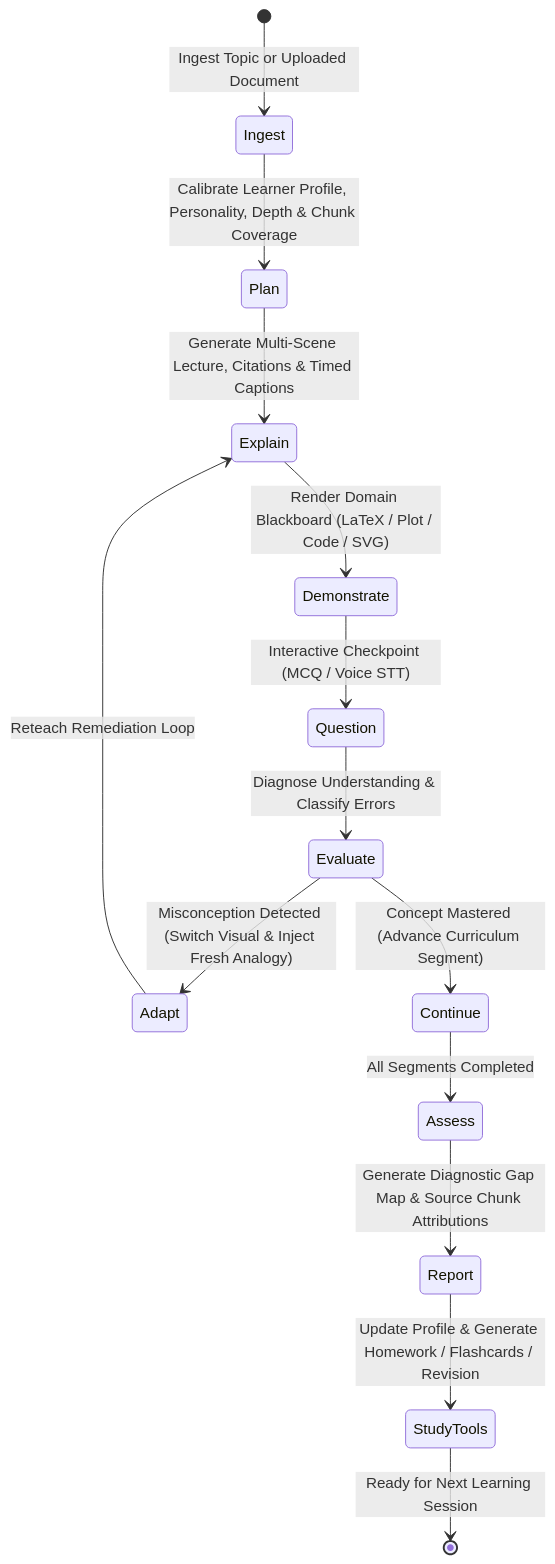
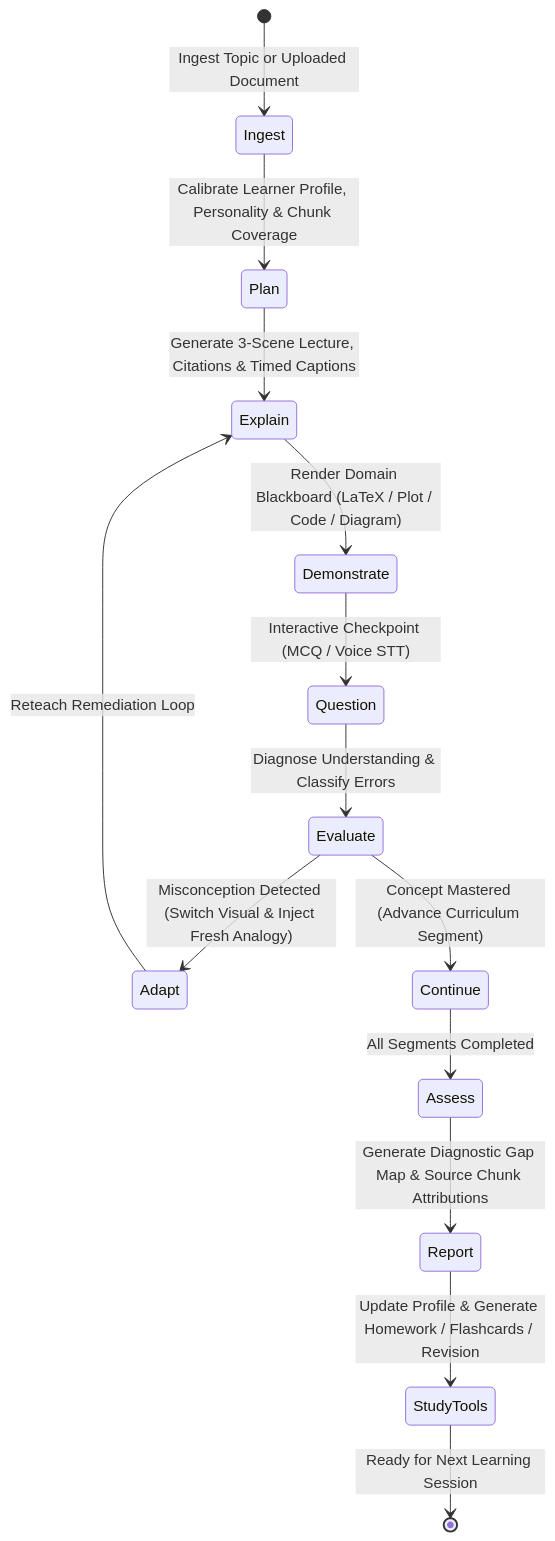
Before and after one commit to Akshat-coder-101/sahayak-ai-teacher: the second of 2 diagrams in README.md, drawn with Mermaid. The commit also changed other lines of this file and 2 other files, not shown here.

Commit message:
docs: reconcile documentation, test counts, persona, and impact roadmap (Phase 5)

````diff
--- a/README.md
+++ b/README.md
@@ -177,16 +181,16 @@
 ```mermaid
 stateDiagram-v2
     [*] --> Ingest: Ingest Topic or Uploaded Document
-    Ingest --> Plan: Calibrate Learner Profile, Personality, Depth & Chunk Coverage
-    Plan --> Explain: Generate Multi-Scene Lecture, Citations & Timed Captions
-    Explain --> Demonstrate: Render Domain Blackboard (LaTeX / Plot / Code / SVG)
+    Ingest --> Plan: Calibrate Learner Profile, Personality & Chunk Coverage
+    Plan --> Explain: Generate 3-Scene Lecture, Citations & Timed Captions
+    Explain --> Demonstrate: Render Domain Blackboard (LaTeX / Plot / Code / Diagram)
     Demonstrate --> Question: Interactive Checkpoint (MCQ / Voice STT)
     Question --> Evaluate: Diagnose Understanding & Classify Errors
     Evaluate --> Adapt: Misconception Detected (Switch Visual & Inject Fresh Analogy)
     Adapt --> Explain: Reteach Remediation Loop
     Evaluate --> Continue: Concept Mastered (Advance Curriculum Segment)
     Continue --> Assess: All Segments Completed
     Assess --> Report: Generate Diagnostic Gap Map & Source Chunk Attributions
     Report --> StudyTools: Update Profile & Generate Homework / Flashcards / Revision
     StudyTools --> [*]: Ready for Next Learning Session
 ```
````
